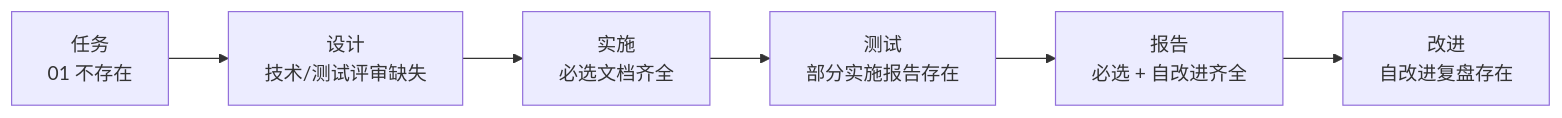
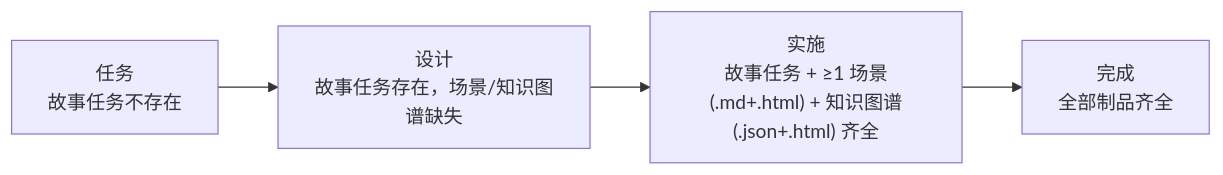
One commit to effiy/YrY changed the third of 5 diagrams in skills/rui/coder.md. Above: the diagram before and after it, drawn with Mermaid. The commit also changed other lines of this file and 37 other files, not shown here.

````diff
--- a/skills/rui/coder.md
+++ b/skills/rui/coder.md
@@ -95,9 +95,7 @@
 ```mermaid
 flowchart LR
-    NS["任务<br/>01 不存在"]:::s0 --> DIP["设计<br/>技术/测试评审缺失"]:::s1
-    DIP --> IMP["实施<br/>必选文档齐全"]:::s2
-    IMP --> TST["测试<br/>部分实施报告存在"]:::s3
-    TST --> RPT["报告<br/>必选 + 自改进齐全"]:::s4
-    RPT --> IMPV["改进<br/>自改进复盘存在"]:::s5
+    NS["任务<br/>故事任务不存在"]:::s0 --> DIP["设计<br/>故事任务存在，场景/知识图谱缺失"]:::s1
+    DIP --> IMP["实施<br/>故事任务 + ≥1 场景(.md+.html) + 知识图谱(.json+.html) 齐全"]:::s2
+    IMP --> DONE["完成<br/>全部制品齐全"]:::s5
 
 ```
````
